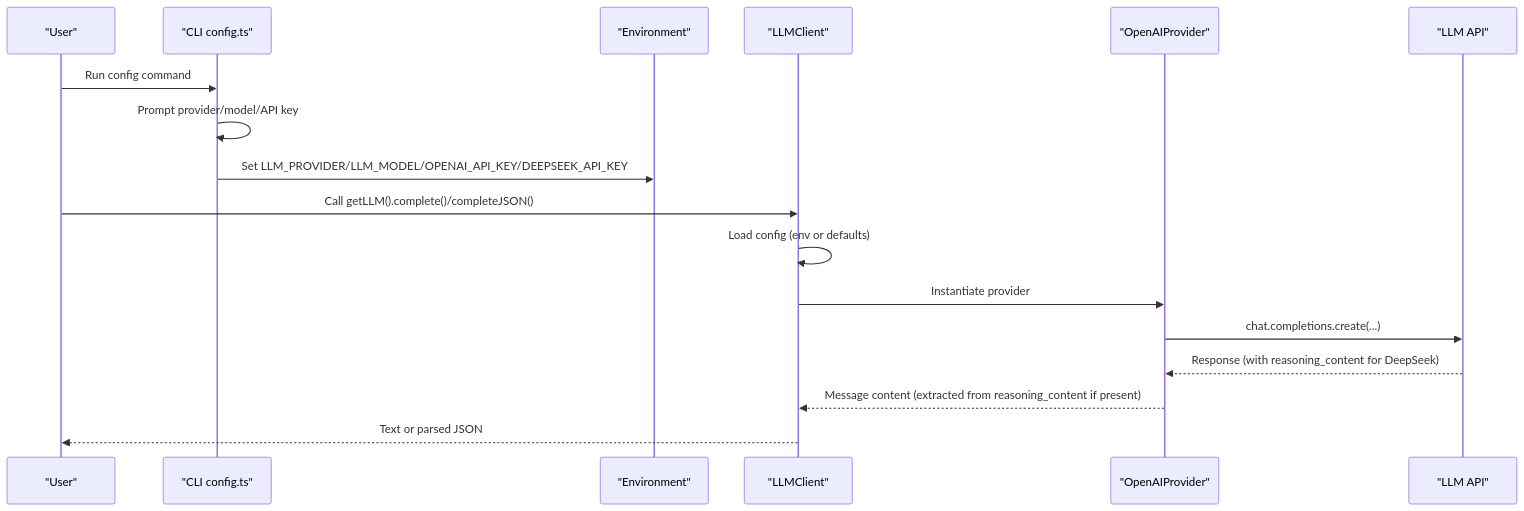
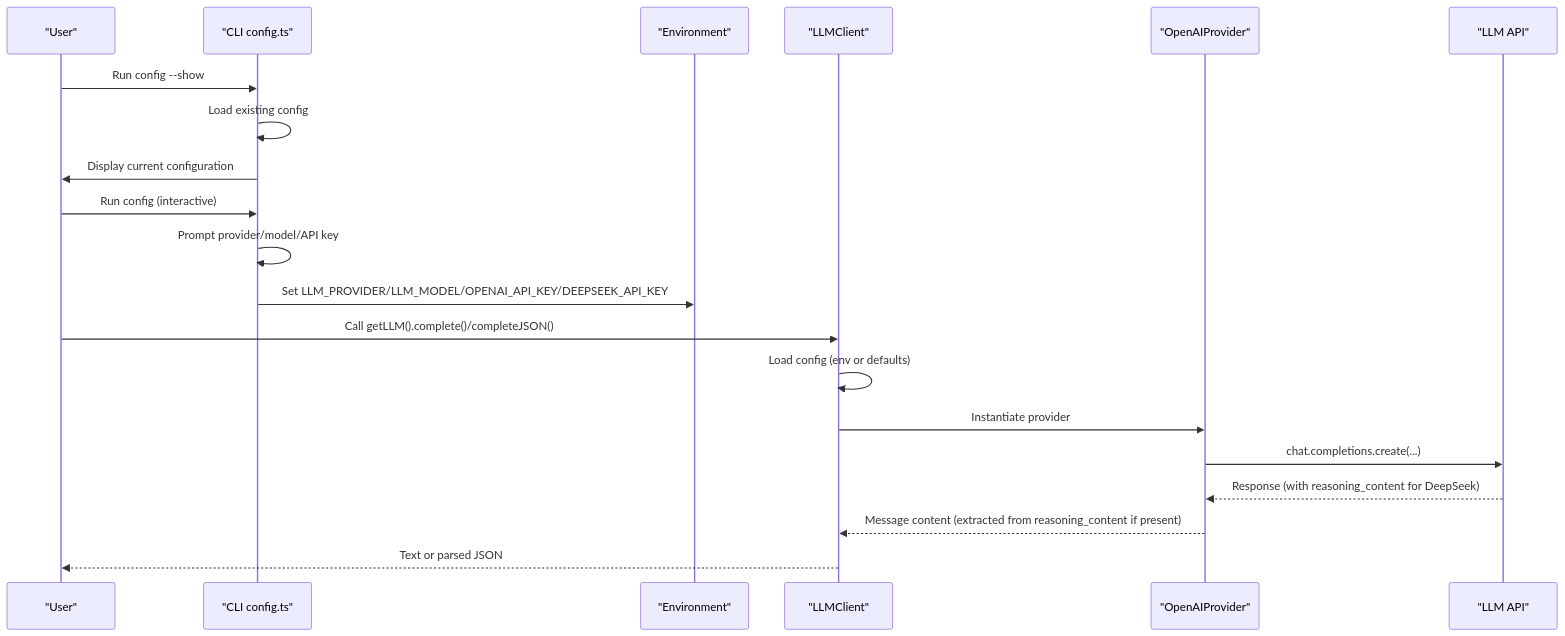
The second of 8 diagrams in .qoder/repowiki/en/content/LLM Integration and Configuration.md (liwonder/NARRITIVE_OS), drawn with Mermaid before and after one commit. The commit also changed other lines of this file and 5 other files, not shown here.

````diff
--- a/.qoder/repowiki/en/content/LLM Integration and Configuration.md
+++ b/.qoder/repowiki/en/content/LLM Integration and Configuration.md
@@ -159,19 +168,22 @@
 ```mermaid
 sequenceDiagram
 participant User as "User"
 participant CLI as "CLI config.ts"
 participant Env as "Environment"
 participant Engine as "LLMClient"
 participant Provider as "OpenAIProvider"
 participant LLM as "LLM API"
-User->>CLI : Run config command
+User->>CLI : Run config --show
+CLI->>CLI : Load existing config
+CLI->>User : Display current configuration
+User->>CLI : Run config (interactive)
 CLI->>CLI : Prompt provider/model/API key
 CLI->>Env : Set LLM_PROVIDER/LLM_MODEL/OPENAI_API_KEY/DEEPSEEK_API_KEY
 User->>Engine : Call getLLM().complete()/completeJSON()
 Engine->>Engine : Load config (env or defaults)
 Engine->>Provider : Instantiate provider
 Provider->>LLM : chat.completions.create(...)
 LLM-->>Provider : Response (with reasoning_content for DeepSeek)
 Provider-->>Engine : Message content (extracted from reasoning_content if present)
 Engine-->>User : Text or parsed JSON
 ```
````
